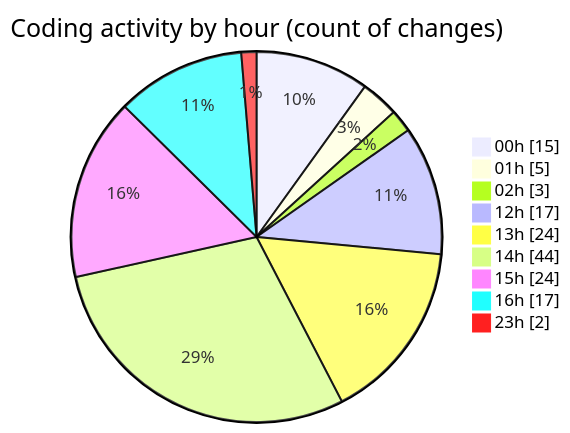
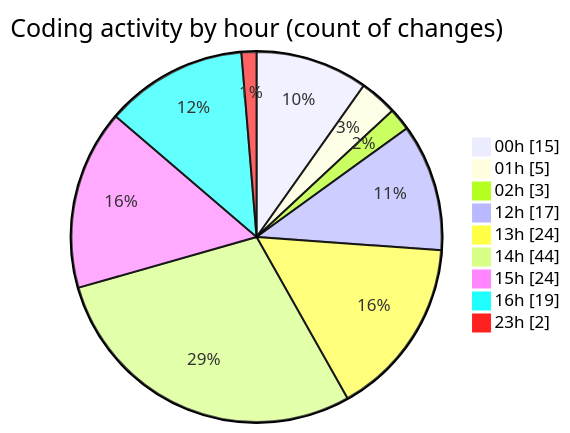
The second of 2 diagrams in 2025-08-13/rentotp/README.md (lephambinh05/code-tracking), drawn with Mermaid before and after one commit. The commit also changed other lines of this file and 1 other file, not shown here.

````diff
--- a/2025-08-13/rentotp/README.md
+++ b/2025-08-13/rentotp/README.md
@@ -53,13 +53,13 @@
 ```mermaid
 pie showData
 title Coding activity by hour (count of changes)
 "00h" : 15
 "01h" : 5
 "02h" : 3
 "12h" : 17
 "13h" : 24
 "14h" : 44
 "15h" : 24
-"16h" : 17
+"16h" : 19
 "23h" : 2
 ```
````
